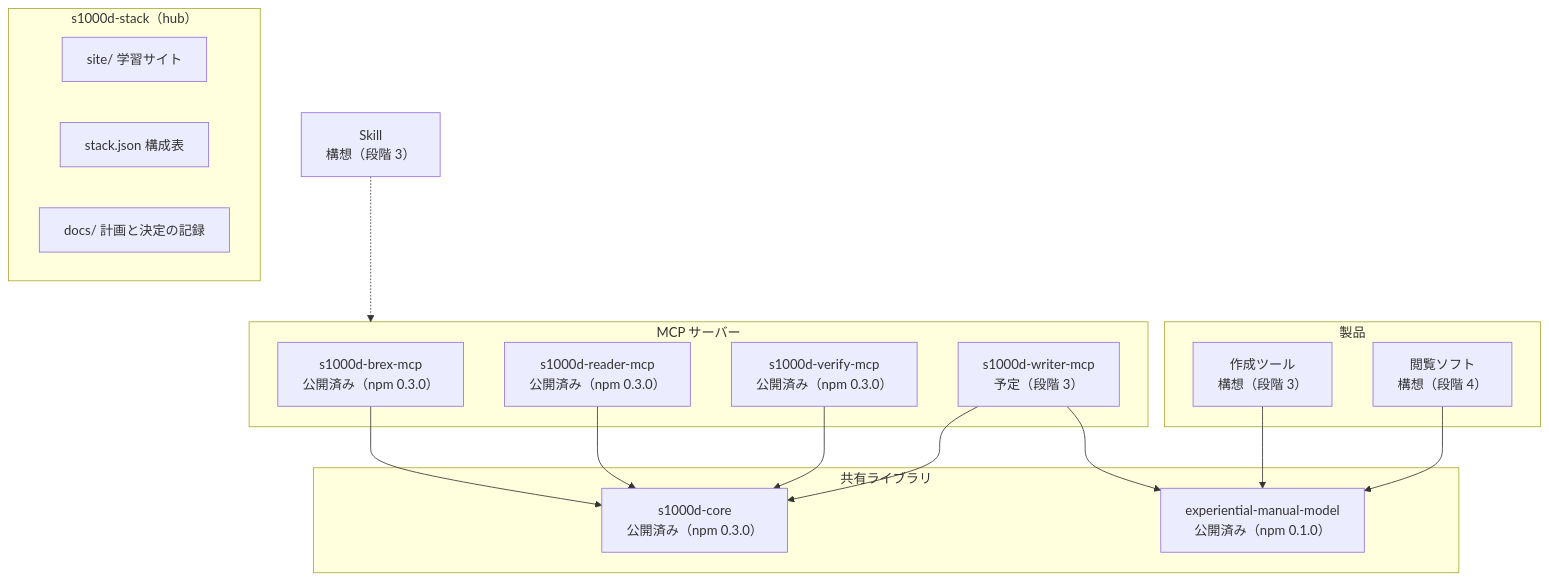
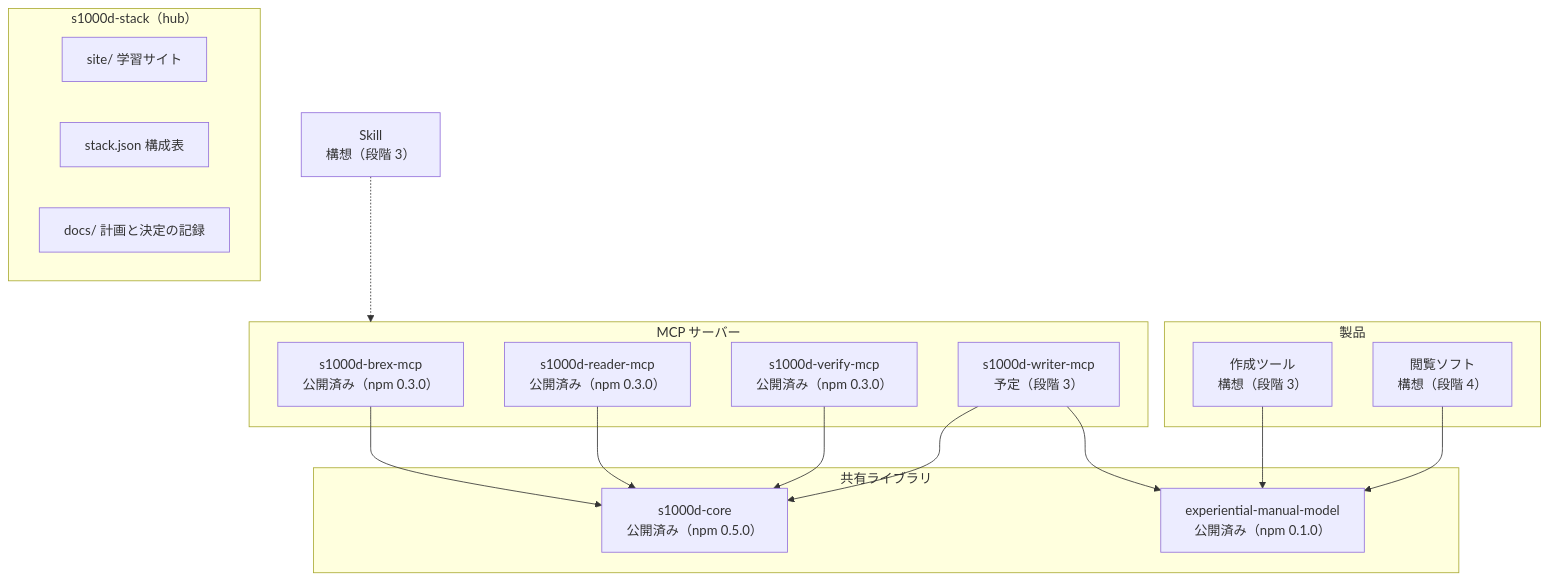
Before and after one commit to shuji-bonji/s1000d-stack: the diagram in site/src/content/docs/ja/guide/architecture.md, drawn with Mermaid. The commit also changed other lines of this file and 6 other files, not shown here.

````diff
--- a/site/src/content/docs/ja/guide/architecture.md
+++ b/site/src/content/docs/ja/guide/architecture.md
@@ -10,31 +10,31 @@
 ```mermaid
 flowchart TB
   subgraph Hub["s1000d-stack（hub）"]
     SITE["site/ 学習サイト"]
     STACK["stack.json 構成表"]
     DOCS["docs/ 計画と決定の記録"]
   end
   subgraph Lib["共有ライブラリ"]
-    CORE["s1000d-core<br/>公開済み（npm 0.3.0）"]
+    CORE["s1000d-core<br/>公開済み（npm 0.5.0）"]
     MODEL["experiential-manual-model<br/>公開済み（npm 0.1.0）"]
   end
   subgraph Mcp["MCP サーバー"]
     BREX["s1000d-brex-mcp<br/>公開済み（npm 0.3.0）"]
     R["s1000d-reader-mcp<br/>公開済み（npm 0.3.0）"]
     V["s1000d-verify-mcp<br/>公開済み（npm 0.3.0）"]
     W["s1000d-writer-mcp<br/>予定（段階 3）"]
   end
   subgraph App["製品"]
     ED["作成ツール<br/>構想（段階 3）"]
     VW["閲覧ソフト<br/>構想（段階 4）"]
   end
   SK["Skill<br/>構想（段階 3）"]
   BREX --> CORE
   R --> CORE
   V --> CORE
   W --> CORE
   W --> MODEL
   ED --> MODEL
   VW --> MODEL
   SK -.-> Mcp
 ```
````
